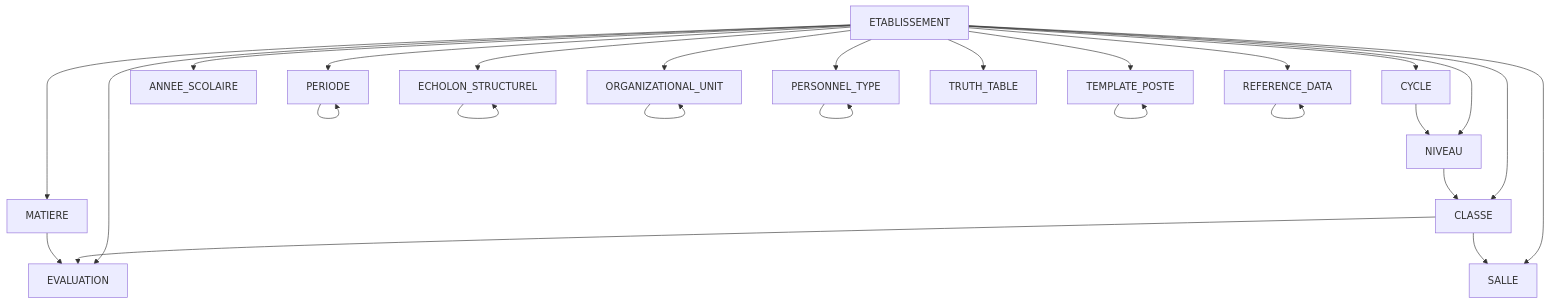
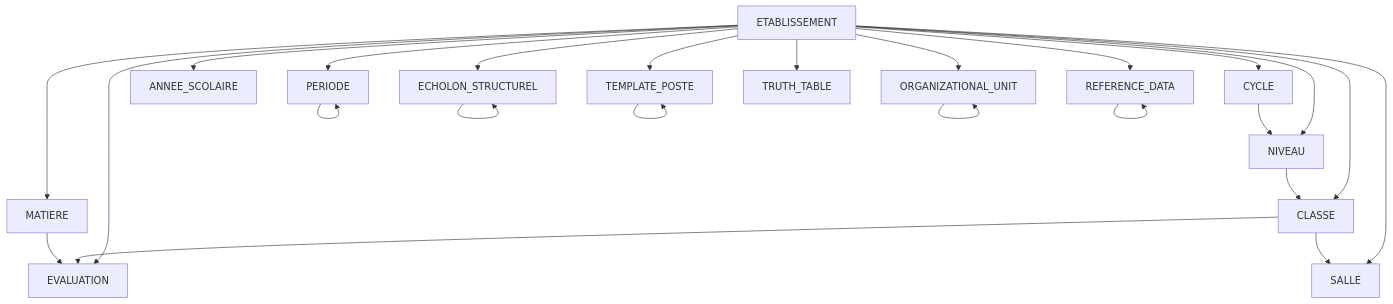
One commit to franckylab/eLISAschool changed the third of 4 diagrams in .qoder/repowiki/en/content/Database Schema Design/Database Schema Design.md. Above: the diagram before and after it, drawn with Mermaid. The commit also changed other lines of this file and 21 other files, not shown here.

````diff
--- a/.qoder/repowiki/en/content/Database Schema Design/Database Schema Design.md
+++ b/.qoder/repowiki/en/content/Database Schema Design/Database Schema Design.md
@@ -571,28 +617,26 @@
 ```mermaid
 graph TB
 ETAB["ETABLISSEMENT"] --> CYC["CYCLE"]
 ETAB --> NIV["NIVEAU"]
 ETAB --> CLA["CLASSE"]
 ETAB --> MAT["MATIERE"]
 ETAB --> EVA["EVALUATION"]
 ETAB --> PER["PERIODE"]
 ETAB --> ANN["ANNEE_SCOLAIRE"]
 ETAB --> SAL["SALLE"]
 ETAB --> ECHOLON["ECHOLON_STRUCTUREL"]
-ETAB --> PTYPE["PERSONNEL_TYPE"]
+ETAB --> TPOSTE["TEMPLATE_POSTE"]
 ETAB --> OUNIT["ORGANIZATIONAL_UNIT"]
-ETAB --> TPOSTE["TEMPLATE_POSTE"]
 ETAB --> TRUTH["TRUTH_TABLE"]
 ETAB --> REFDATA["REFERENCE_DATA"]
 CYC --> NIV
 NIV --> CLA
 CLA --> EVA
 MAT --> EVA
 PER --> PER
 CLA --> SAL
 ECHOLON --> ECHOLON
+TPOSTE --> TPOSTE
 OUNIT --> OUNIT
-PTYPE --> PTYPE
-TPOSTE --> TPOSTE
 REFDATA --> REFDATA
 ```
````
